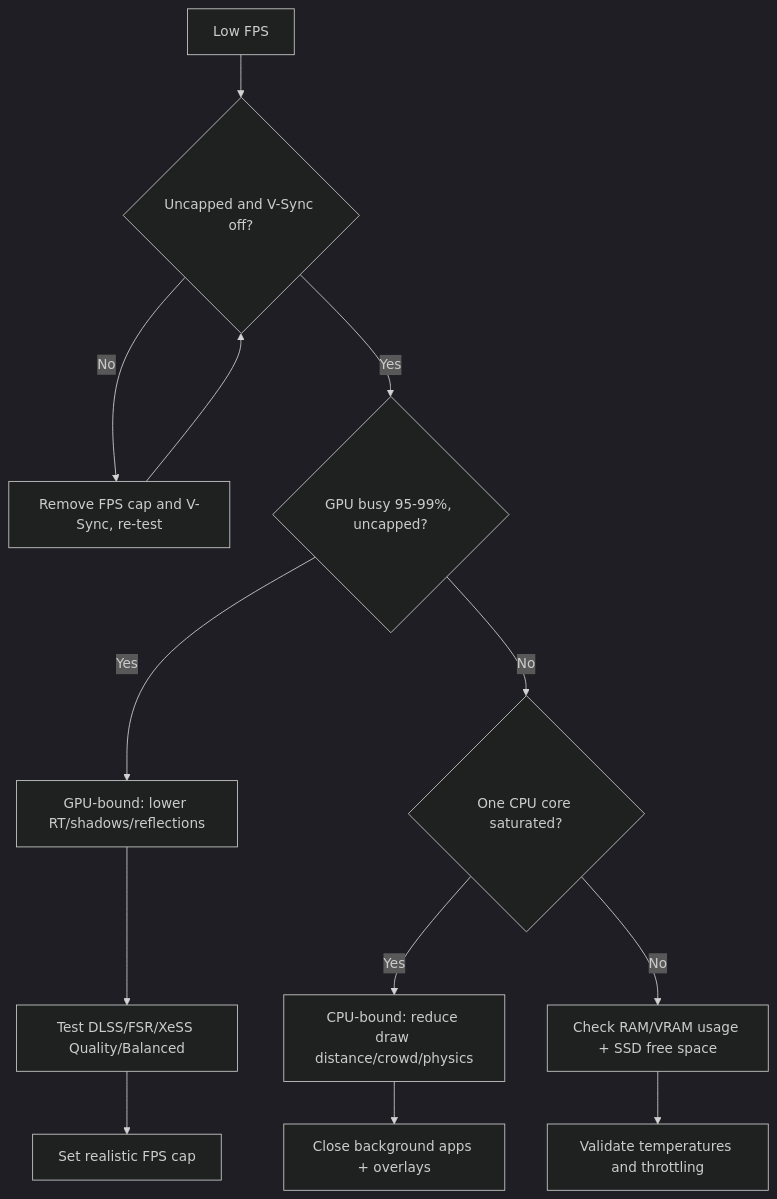
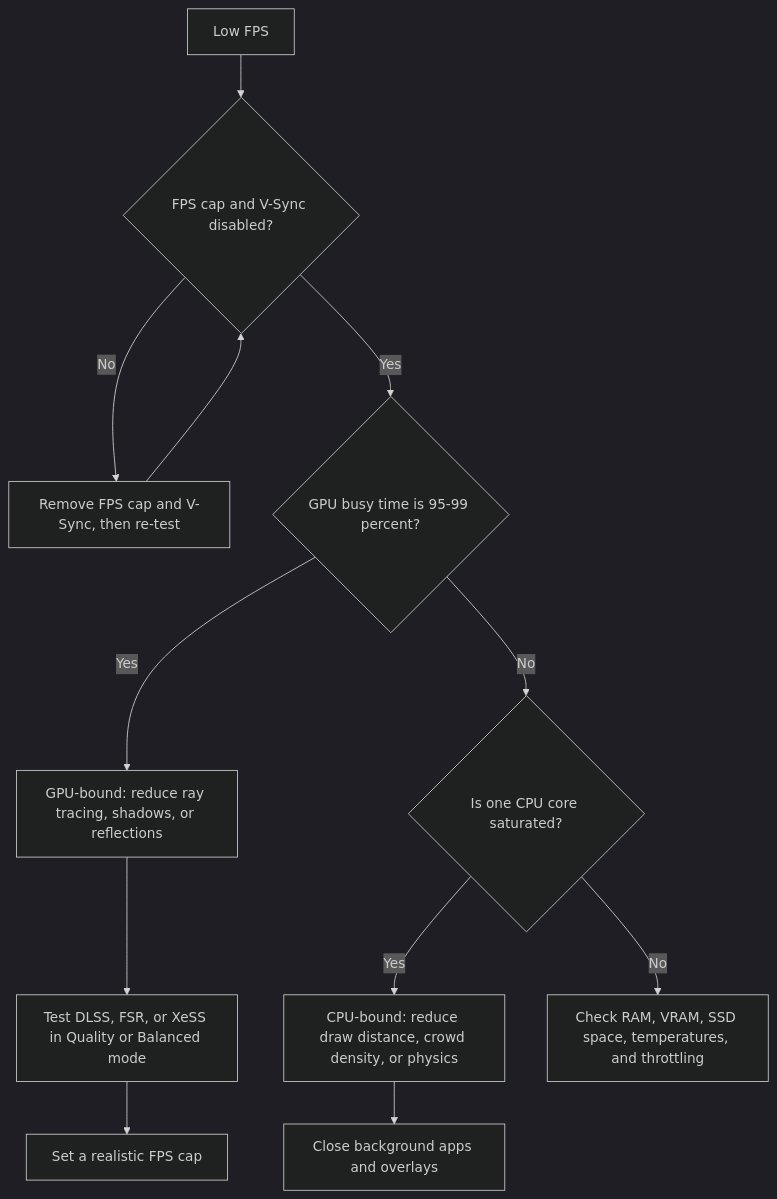
One commit to h4zvenn/gaming-pc-guide changed the first of 5 diagrams in docs/15-troubleshooting-decision-trees.md. Above: the diagram before and after it, drawn with Mermaid (dark theme). The commit also changed other lines of this file, not shown here.

````diff
--- a/docs/15-troubleshooting-decision-trees.md
+++ b/docs/15-troubleshooting-decision-trees.md
@@ -25,15 +26,14 @@
 ```mermaid
 flowchart TD
-    A[Low FPS] --> B{Uncapped and V-Sync off?}
-    B -- No --> B1[Remove FPS cap and V-Sync, re-test]
+    A[Low FPS] --> B{FPS cap and V-Sync disabled?}
+    B -- No --> B1[Remove FPS cap and V-Sync, then re-test]
     B1 --> B
-    B -- Yes --> C{GPU busy 95-99%, uncapped?}
-    C -- Yes --> D[GPU-bound: lower RT/shadows/reflections]
-    D --> E[Test DLSS/FSR/XeSS Quality/Balanced]
-    E --> F[Set realistic FPS cap]
-    C -- No --> G{One CPU core saturated?}
-    G -- Yes --> H[CPU-bound: reduce draw distance/crowd/physics]
-    H --> I[Close background apps + overlays]
-    G -- No --> J[Check RAM/VRAM usage + SSD free space]
-    J --> K[Validate temperatures and throttling]
+    B -- Yes --> C{GPU busy time is 95-99 percent?}
+    C -- Yes --> D[GPU-bound: reduce ray tracing, shadows, or reflections]
+    D --> E[Test DLSS, FSR, or XeSS in Quality or Balanced mode]
+    E --> F[Set a realistic FPS cap]
+    C -- No --> G{Is one CPU core saturated?}
+    G -- Yes --> H[CPU-bound: reduce draw distance, crowd density, or physics]
+    H --> I[Close background apps and overlays]
+    G -- No --> J[Check RAM, VRAM, SSD space, temperatures, and throttling]
 ```
````
